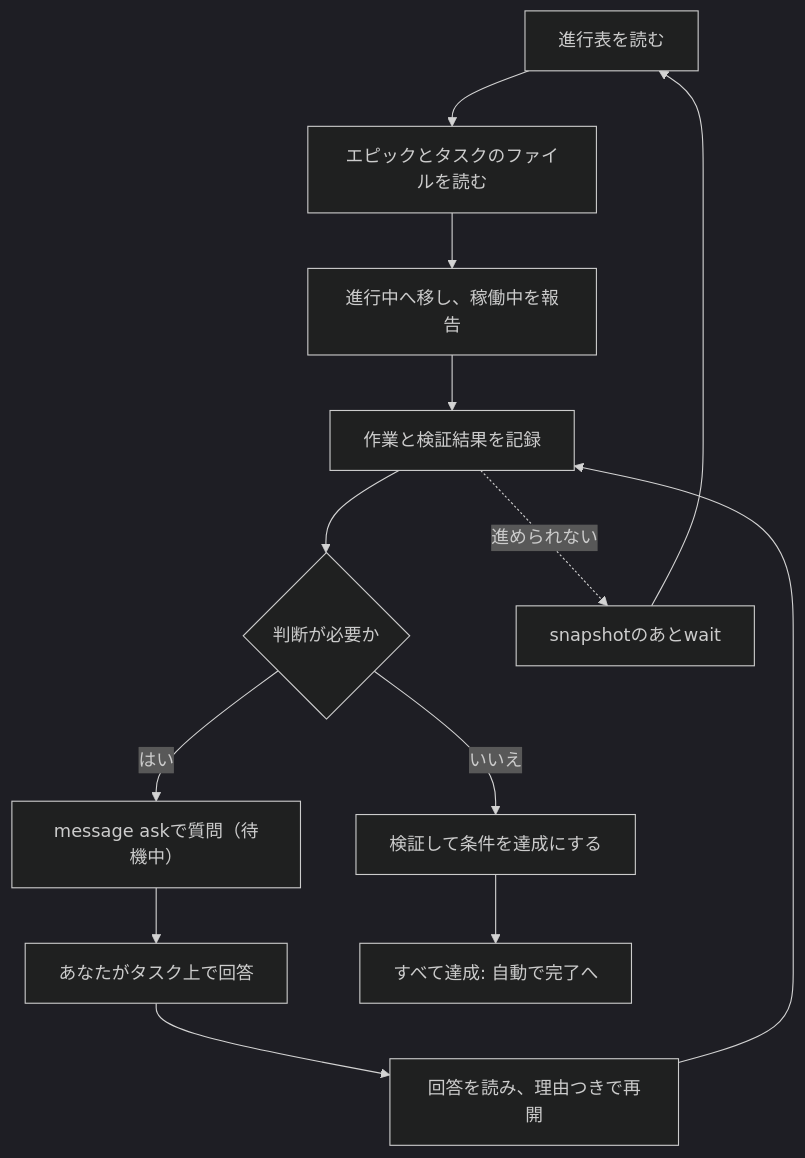
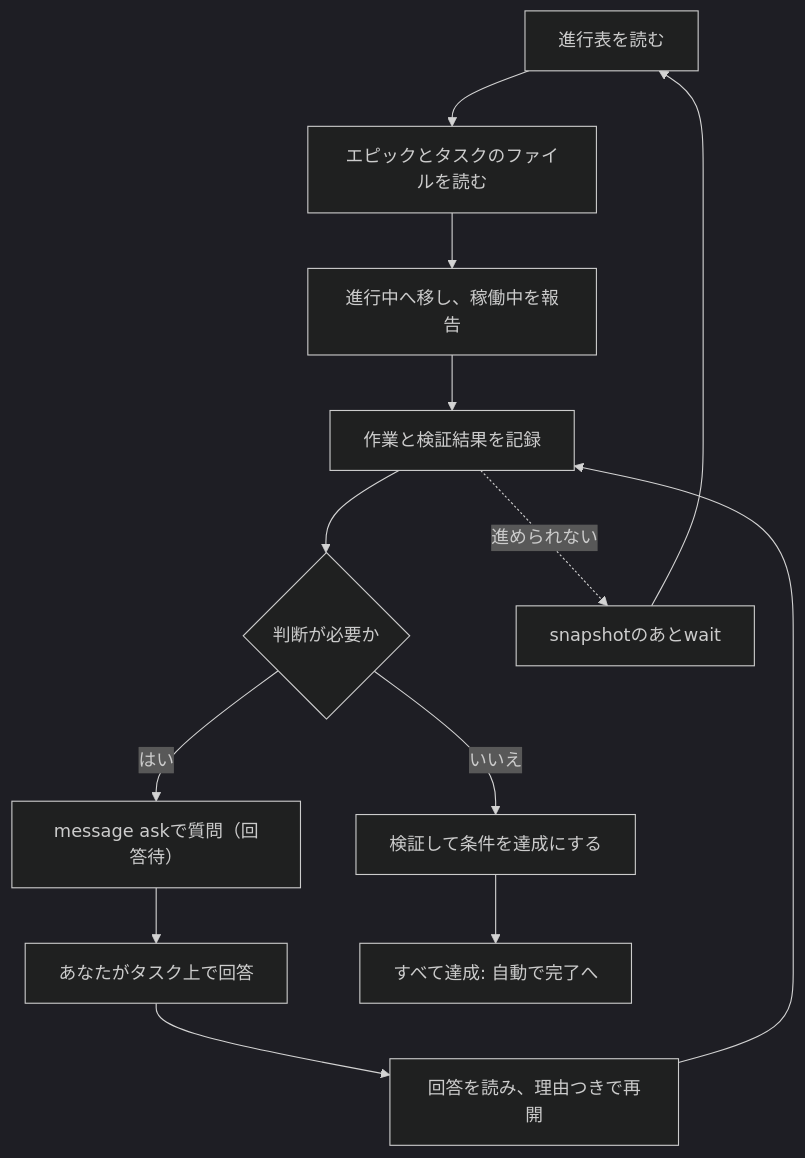
Before and after one commit to FooQoo/agent-project: the diagram in docs/ja/guide/delegate/agents.md, drawn with Mermaid (dark theme). The commit also changed other lines of this file and 20 other files, not shown here.

````diff
--- a/docs/ja/guide/delegate/agents.md
+++ b/docs/ja/guide/delegate/agents.md
@@ -82,15 +82,15 @@
 ```mermaid
 flowchart TD
     P["進行表を読む"] --> R["エピックとタスクのファイルを読む"]
     R --> D["進行中へ移し、稼働中を報告"]
     D --> L["作業と検証結果を記録"]
     L --> Q{"判断が必要か"}
-    Q -- はい --> PE["message askで質問（待機中）"]
+    Q -- はい --> PE["message askで質問（回答待）"]
     PE --> A["あなたがタスク上で回答"]
     A --> RE["回答を読み、理由つきで再開"]
     RE --> L
     Q -- いいえ --> V["検証して条件を達成にする"]
     V --> DN["すべて達成: 自動で完了へ"]
     L -. 進められない .-> W["snapshotのあとwait"]
     W --> P
 ```
````
